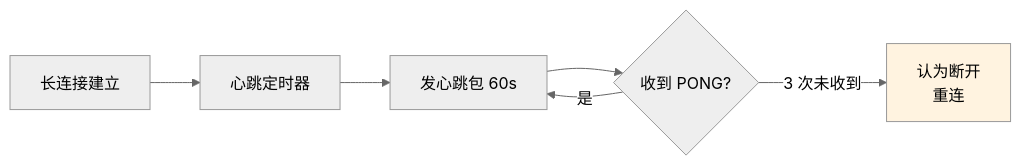
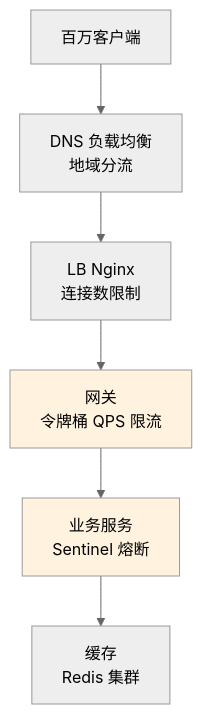
The sixth of 7 diagrams in docs/10.真经/05.方案设计思想/18.通用轮训方案设计.md (chongyang211/YCBookBlog), drawn with Mermaid (neutral theme) before and after one commit. The commit also changed other lines of this file and 36 other files, not shown here.

````diff
--- a/docs/10.真经/05.方案设计思想/18.通用轮训方案设计.md
+++ b/docs/10.真经/05.方案设计思想/18.通用轮训方案设计.md
@@ -460,11 +1043,11 @@
 ```mermaid
-graph LR
-    A[长连接建立] --> B[心跳定时器]
-    B --> C[发心跳包 60s]
-    C --> D{收到 PONG?}
-    
-    D -->|是| C
-    D -->|3 次未收到| Recon[认为断开<br/>重连]
-    
-    style Recon fill:#fff3e0
+graph TB
+    Client[百万客户端] --> DNS[DNS 负载均衡<br/>地域分流]
+    DNS --> LB[LB Nginx<br/>连接数限制]
+    LB --> Gate[网关<br/>令牌桶 QPS 限流]
+    Gate --> Service[业务服务<br/>Sentinel 熔断]
+    Service --> Cache[缓存<br/>Redis 集群]
+
+    style Gate fill:#fff3e0
+    style Service fill:#fff3e0
 ```
````
